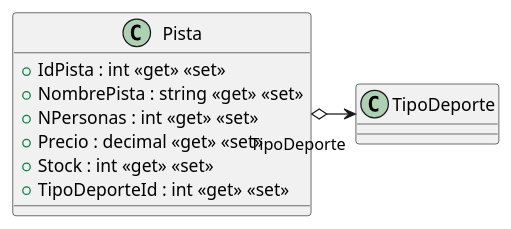
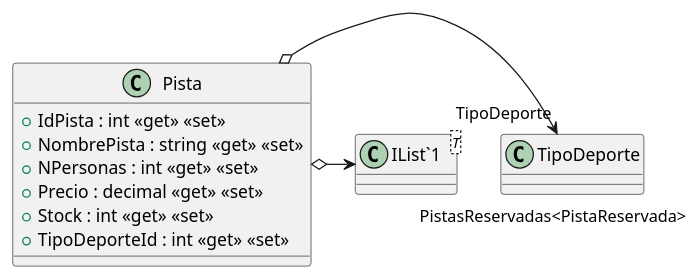
One commit to 2026-27AstonMartin/ISII2627AstonMartin changed the diagram in src/AppForSEII.API/ClassDiagram/Models/Pista.puml. Above: the diagram before and after it, drawn with PlantUML. The commit also changed 9 other files, not shown here.

Commit message:
Desarrollar clase PistaReservada (#52)

```diff
--- a/src/AppForSEII.API/ClassDiagram/Models/Pista.puml
+++ b/src/AppForSEII.API/ClassDiagram/Models/Pista.puml
@@ -1,11 +1,14 @@
 @startuml
 class Pista {
     + IdPista : int <<get>> <<set>>
     + NombrePista : string <<get>> <<set>>
     + NPersonas : int <<get>> <<set>>
     + Precio : decimal <<get>> <<set>>
     + Stock : int <<get>> <<set>>
     + TipoDeporteId : int <<get>> <<set>>
 }
+class "IList`1"<T> {
+}
 Pista o-> "TipoDeporte" TipoDeporte
+Pista o-> "PistasReservadas<PistaReservada>" "IList`1"
 @enduml
```
